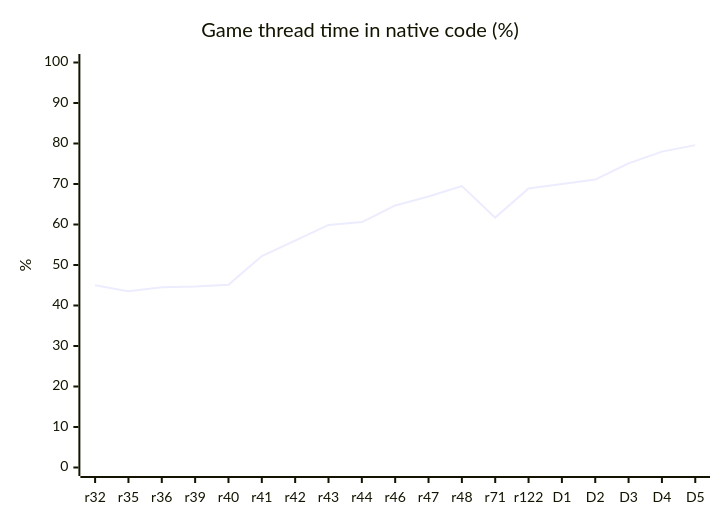
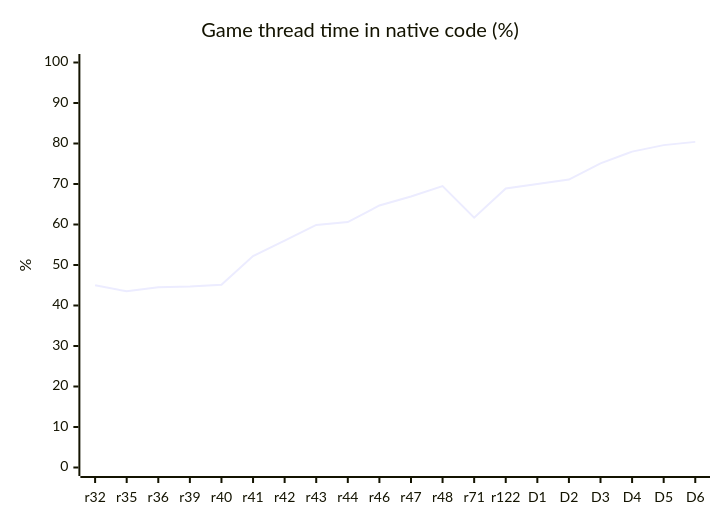
Before and after one commit to HenryKun55/celosia: the diagram in README.md, drawn with Mermaid. The commit also changed other lines of this file and 19 other files, not shown here.

````diff
--- a/README.md
+++ b/README.md
@@ -271,7 +272,7 @@
 ```mermaid
 xychart-beta
     title "Game thread time in native code (%)"
-    x-axis ["r32", "r35", "r36", "r39", "r40", "r41", "r42", "r43", "r44", "r46", "r47", "r48", "r71", "r122", "D1", "D2", "D3", "D4", "D5"]
+    x-axis ["r32", "r35", "r36", "r39", "r40", "r41", "r42", "r43", "r44", "r46", "r47", "r48", "r71", "r122", "D1", "D2", "D3", "D4", "D5", "D6"]
     y-axis "%" 0 --> 100
-    line [45.0, 43.5, 44.5, 44.7, 45.1, 52.2, 56.0, 59.9, 60.6, 64.7, 66.9, 69.5, 61.7, 68.9, 70.0, 71.1, 75.1, 78.0, 79.6]
+    line [45.0, 43.5, 44.5, 44.7, 45.1, 52.2, 56.0, 59.9, 60.6, 64.7, 66.9, 69.5, 61.7, 68.9, 70.0, 71.1, 75.1, 78.0, 79.6, 80.4]
 ```
````
